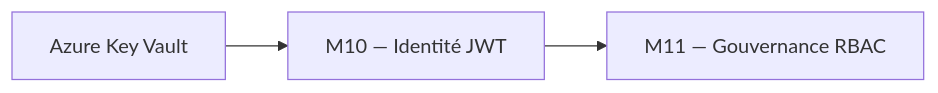
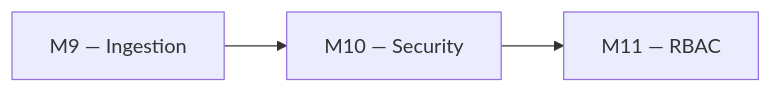
The first of 2 diagrams in courses/day-03/module-10-security-auth/lab.md (msellamiTN/Snowflake-terraform), drawn with Mermaid before and after one commit. The commit also changed other lines of this file and 10 other files, not shown here.

````diff
--- a/courses/day-03/module-10-security-auth/lab.md
+++ b/courses/day-03/module-10-security-auth/lab.md
@@ -14,5 +18,5 @@
 ```mermaid
 flowchart LR
-    KV[Azure Key Vault] --> M10[M10 — Identité JWT]
-    M10 --> M11[M11 — Gouvernance RBAC]
+    M9[M9 — Ingestion] --> M10[M10 — Security]
+    M10 --> M11[M11 — RBAC]
 ```
````
